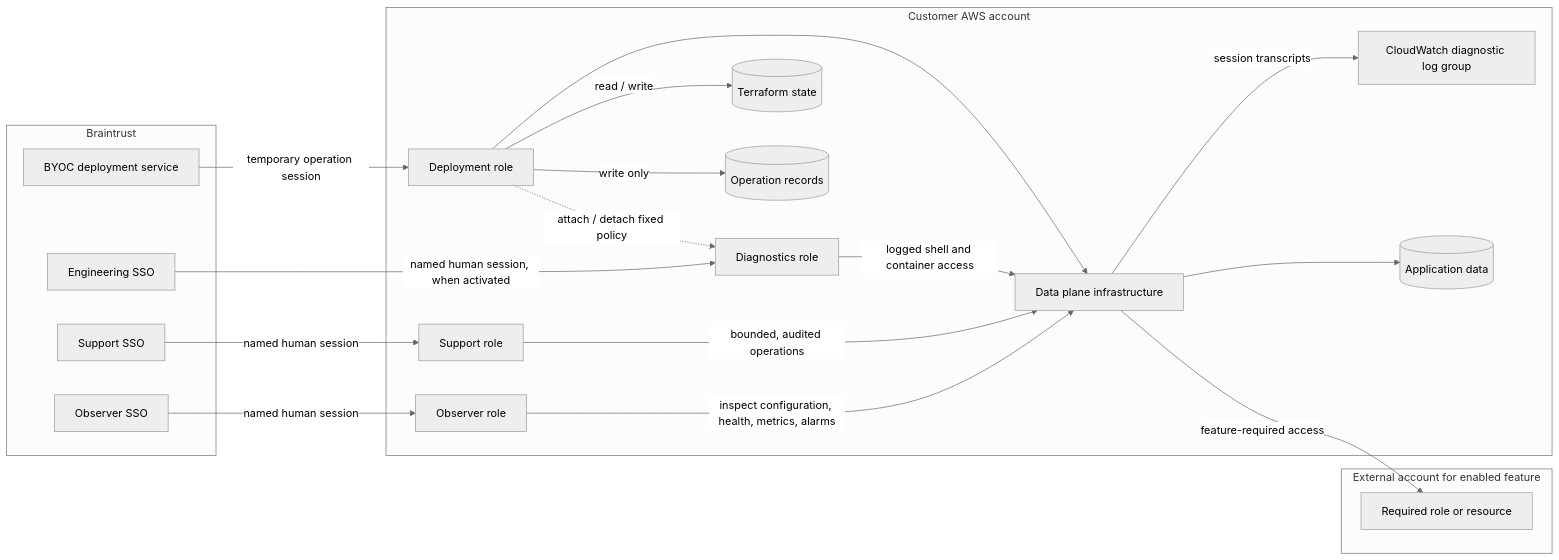
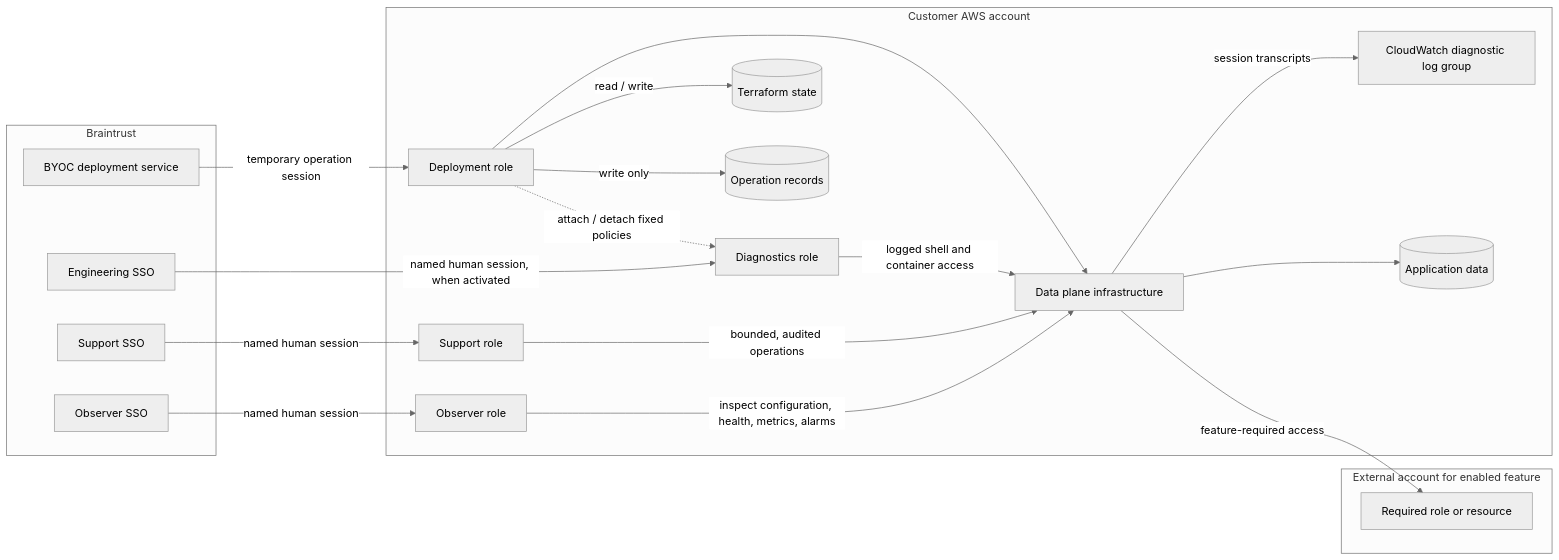
The first of 2 diagrams in managed-byoc-v2/README.md (braintrustdata/terraform-aws-braintrust-data-plane), drawn with Mermaid (neutral theme) before and after one commit. The commit also changed other lines of this file and 18 other files, not shown here.

````diff
--- a/managed-byoc-v2/README.md
+++ b/managed-byoc-v2/README.md
@@ -61,40 +61,40 @@
 ```mermaid
 flowchart LR
     subgraph Braintrust
         M[BYOC deployment service]
         H[Support SSO]
         O[Observer SSO]
         E[Engineering SSO]
     end
 
     subgraph Customer AWS account
         D[Deployment role]
         S[Support role]
         R[Observer role]
         G[Diagnostics role]
         C[CloudWatch diagnostic log group]
         T[(Terraform state)]
         L[(Operation records)]
         I[Data plane infrastructure]
         A[(Application data)]
     end
 
     subgraph External account for enabled feature
         X[Required role or resource]
     end
 
     M -->|temporary operation session| D
     H -->|named human session| S
     O -->|named human session| R
     D -->|read / write| T
     D -->|write only| L
     D --> I
-    D -.->|attach / detach fixed policy| G
+    D -.->|attach / detach fixed policies| G
     E -->|named human session, when activated| G
     G -->|logged shell and container access| I
     I -->|session transcripts| C
     S -->|bounded, audited operations| I
     R -->|inspect configuration, health, metrics, alarms| I
     I --> A
     I -->|feature-required access| X
 ```
````
